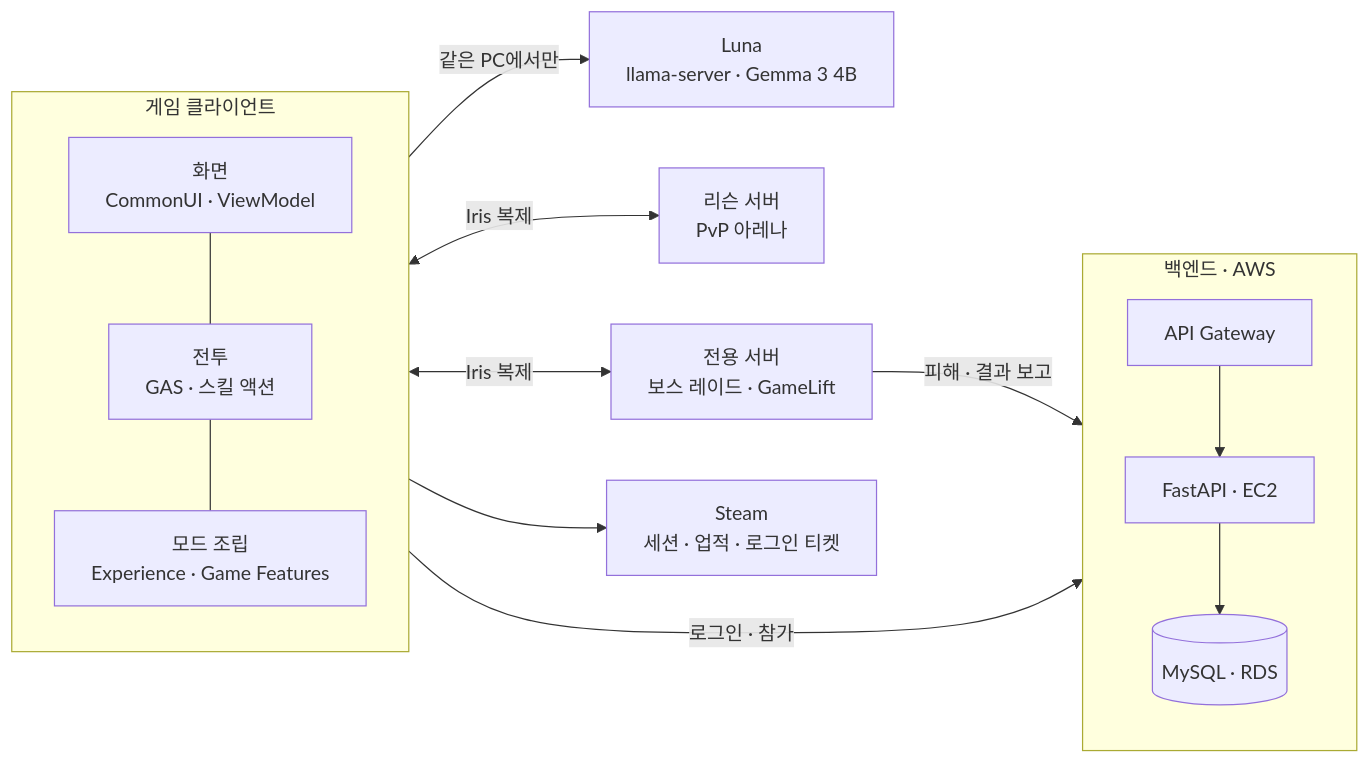
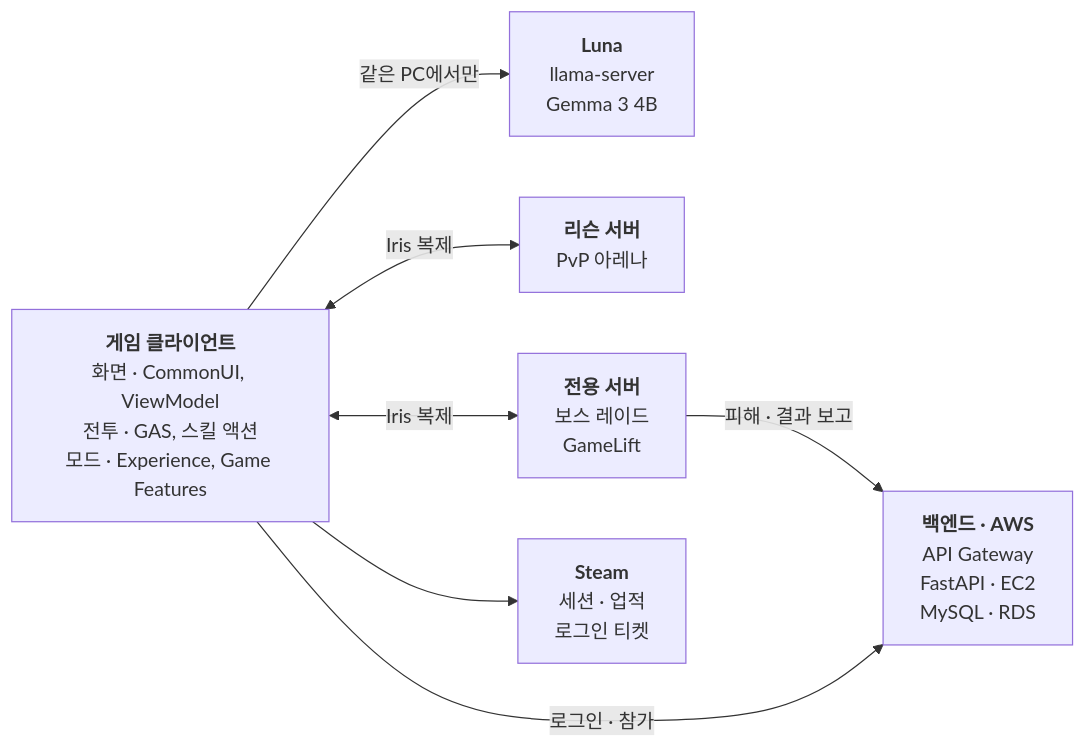
One commit to wighs33/Pandora-Battle changed the first of 7 diagrams in README.md. Above: the diagram before and after it, drawn with Mermaid.

Commit message:
README의 전체 구조 도식을 크게 보이도록 단순화함

````diff
--- a/README.md
+++ b/README.md
@@ -89,24 +89,15 @@
 ```mermaid
 flowchart LR
-    subgraph CLIENT["게임 클라이언트"]
-        direction TB
-        UI["화면<br/>CommonUI · ViewModel"]
-        PLAY["전투<br/>GAS · 스킬 액션"]
-        EXP["모드 조립<br/>Experience · Game Features"]
-        UI --- PLAY --- EXP
-    end
-    LLM["Luna<br/>llama-server · Gemma 3 4B"]
-    LISTEN["리슨 서버<br/>PvP 아레나"]
-    DEDI["전용 서버<br/>보스 레이드 · GameLift"]
-    STEAM["Steam<br/>세션 · 업적 · 로그인 티켓"]
-    subgraph BACK["백엔드 · AWS"]
-        direction TB
-        GW["API Gateway"] --> API["FastAPI · EC2"] --> DB[("MySQL · RDS")]
-    end
+    CLIENT["<b>게임 클라이언트</b><br/>화면 · CommonUI, ViewModel<br/>전투 · GAS, 스킬 액션<br/>모드 · Experience, Game Features"]
+    LLM["<b>Luna</b><br/>llama-server<br/>Gemma 3 4B"]
+    LISTEN["<b>리슨 서버</b><br/>PvP 아레나"]
+    DEDI["<b>전용 서버</b><br/>보스 레이드<br/>GameLift"]
+    STEAM["<b>Steam</b><br/>세션 · 업적<br/>로그인 티켓"]
+    BACK["<b>백엔드 · AWS</b><br/>API Gateway<br/>FastAPI · EC2<br/>MySQL · RDS"]
     CLIENT -- "같은 PC에서만" --> LLM
+    CLIENT --> STEAM
     CLIENT <-- "Iris 복제" --> LISTEN
     CLIENT <-- "Iris 복제" --> DEDI
-    CLIENT --> STEAM
-    CLIENT -- "로그인 · 참가" --> GW
-    DEDI -- "피해 · 결과 보고" --> GW
+    DEDI -- "피해 · 결과 보고" --> BACK
+    CLIENT -- "로그인 · 참가" --> BACK
 ```
````
